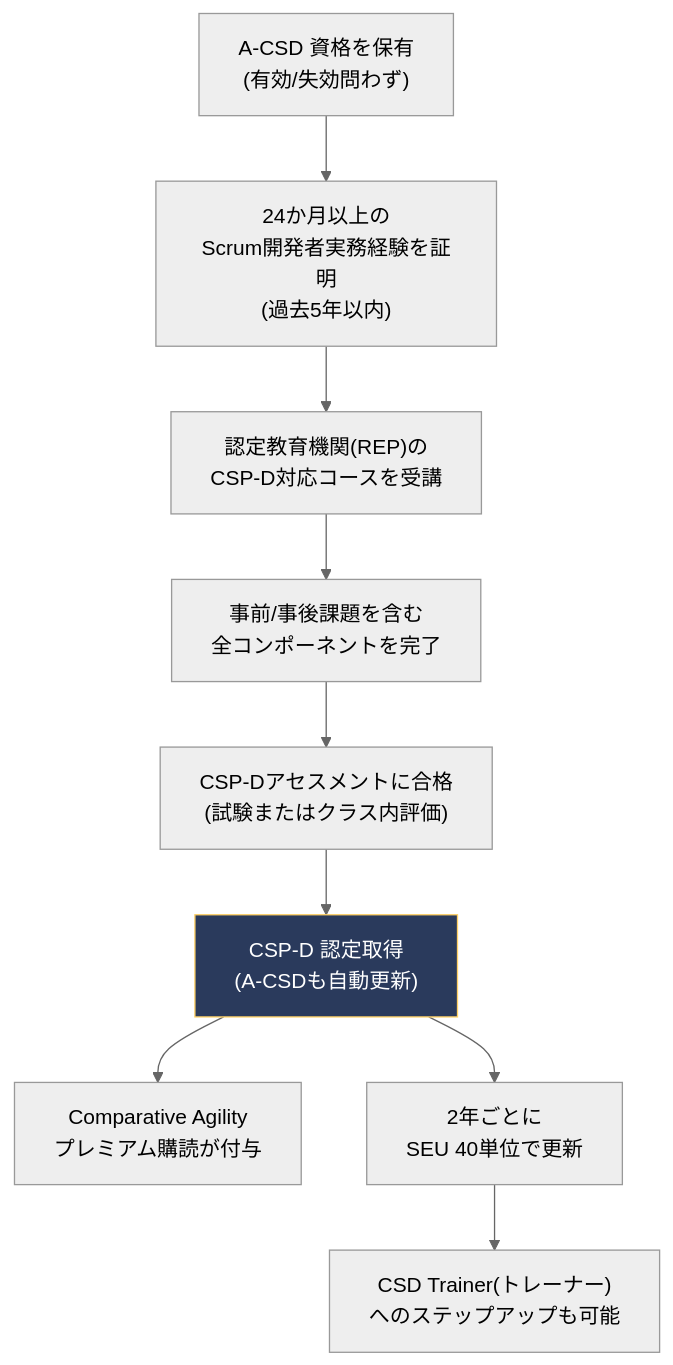
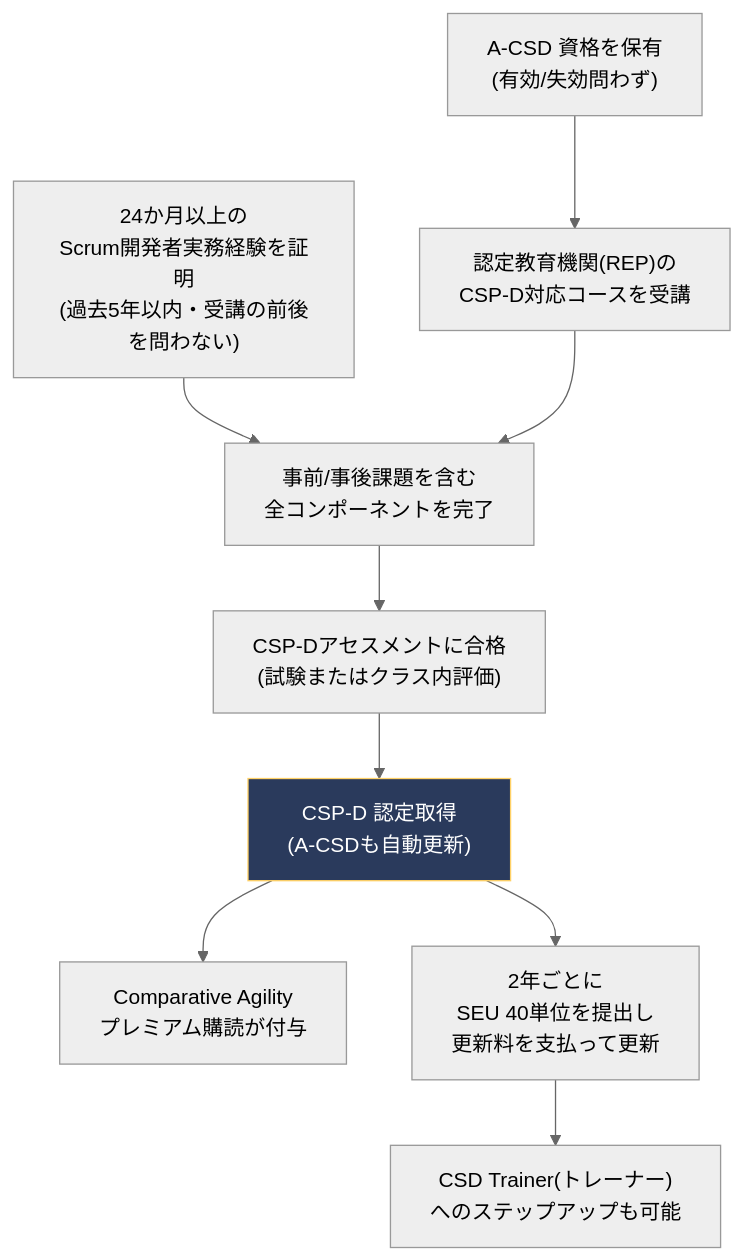
Before and after one commit to myoshi2891/Management-Team-Building-Studies: the second of 17 diagrams in Csp-d-certified-scrum-professional-developer-study-guide.md, drawn with Mermaid (neutral theme). The commit also changed other lines of this file and 2 other files, not shown here.

Commit message:
docs(sources): clarify certification renewal requirements and Comparative Agility dimensions across study guides

````diff
--- a/Csp-d-certified-scrum-professional-developer-study-guide.md
+++ b/Csp-d-certified-scrum-professional-developer-study-guide.md
@@ -101,13 +101,13 @@
 ```mermaid
 flowchart TB
-    A["A-CSD 資格を保有<br/>(有効/失効問わず)"] --> B["24か月以上の<br/>Scrum開発者実務経験を証明<br/>(過去5年以内)"]
-    B --> C["認定教育機関(REP)の<br/>CSP-D対応コースを受講"]
+    A["A-CSD 資格を保有<br/>(有効/失効問わず)"] --> C["認定教育機関(REP)の<br/>CSP-D対応コースを受講"]
+    B["24か月以上の<br/>Scrum開発者実務経験を証明<br/>(過去5年以内・受講の前後を問わない)"] --> D
     C --> D["事前/事後課題を含む<br/>全コンポーネントを完了"]
     D --> D2["CSP-Dアセスメントに合格<br/>(試験またはクラス内評価)"]
     D2 --> E["CSP-D 認定取得<br/>(A-CSDも自動更新)"]
     E --> F["Comparative Agility<br/>プレミアム購読が付与"]
-    E --> G["2年ごとに<br/>SEU 40単位で更新"]
+    E --> G["2年ごとに<br/>SEU 40単位を提出し<br/>更新料を支払って更新"]
     G --> H["CSD Trainer(トレーナー)<br/>へのステップアップも可能"]
 
     style E fill:#2a3a5c,stroke:#ffd166,color:#ffffff
 ```
````
